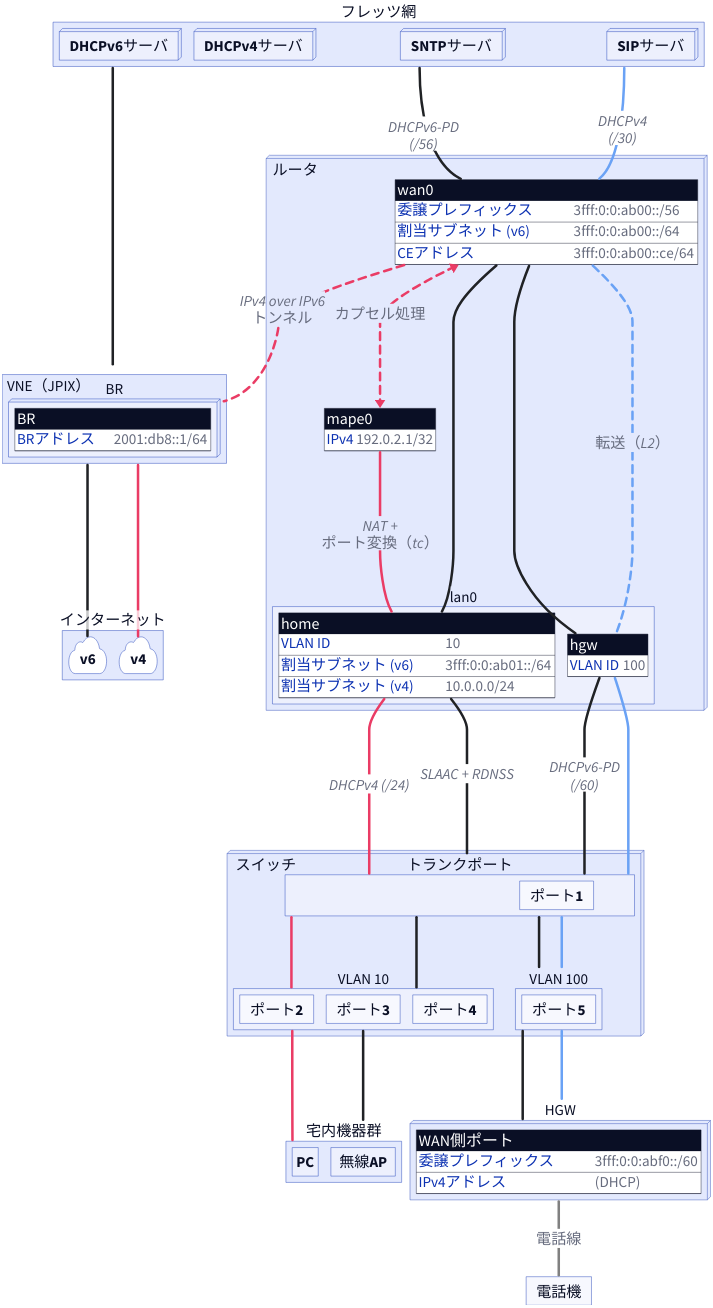
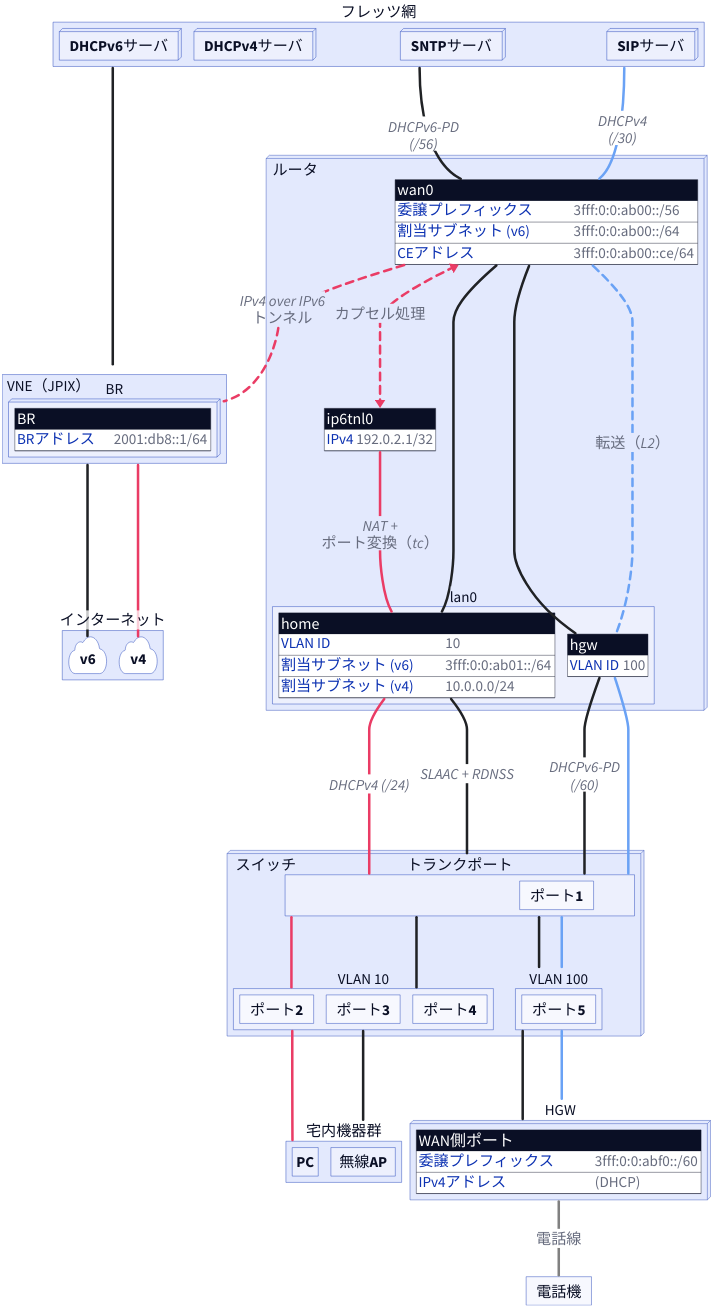
One commit to haxibami/h6i.org changed the second of 2 diagrams in src/content/blog/bet-all-on-systemd-1.mdx. Above: the diagram before and after it, drawn with D2. The commit also changed other lines of this file and 4 other files, not shown here.

```diff
--- a/src/content/blog/bet-all-on-systemd-1.mdx
+++ b/src/content/blog/bet-all-on-systemd-1.mdx
@@ -343,7 +341,7 @@
 router: ルータ {
   label.near: top-left
   style.3d: true
-  mape0: {
+  ip6tnl0: {
     shape: sql_table
     IPv4: 192.0.2.1/32
   }
@@ -404,8 +402,8 @@
 ngn -- router.wan0: DHCPv4\n(/30) {class: ipv4-hgw}
 
 router.wan0 -- vne.br: IPv4 over IPv6\nトンネル {class: ipv4; style.stroke-dash: 3}
-router.wan0 <-> router.mape0: カプセル処理 {class: ipv4; style.stroke-dash: 3}
-router.mape0 -- router.lan0.home: NAT +\nポート変換（tc） {class: ipv4}
+router.wan0 <-> router.ip6tnl0: カプセル処理 {class: ipv4; style.stroke-dash: 3}
+router.ip6tnl0 -- router.lan0.home: NAT +\nポート変換（tc） {class: ipv4}
 router.lan0.home -- switch.trunk: DHCPv4 (/24)  {class: ipv4}
 switch.trunk -- switch.vlan-home -- home-devices: {class: ipv4}
 router.wan0 -- router.lan0.home {class: ipv6}
```
